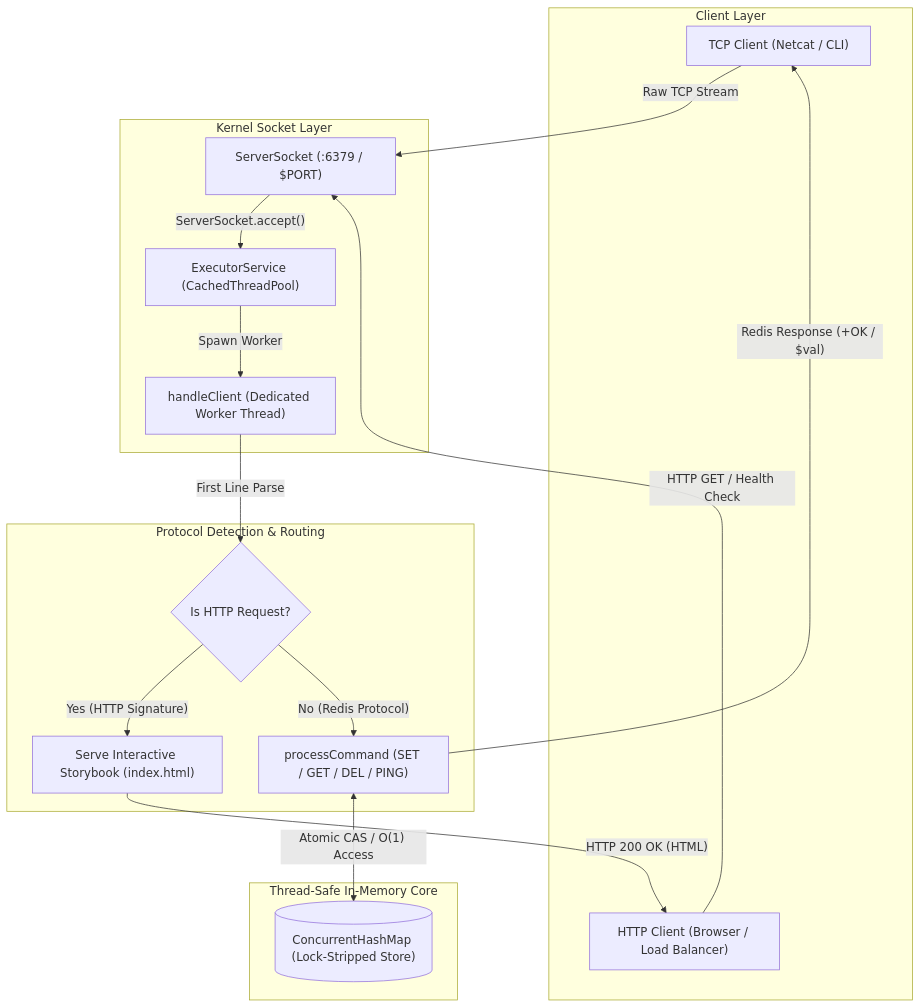
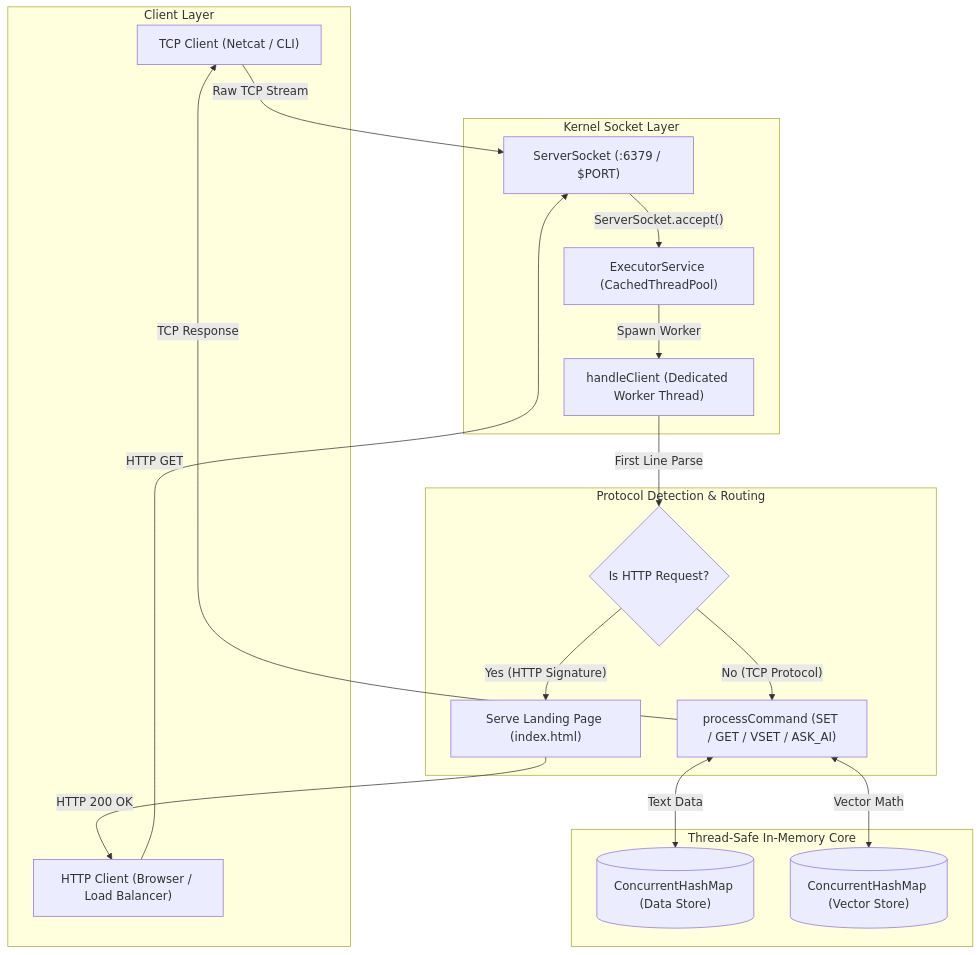
The diagram in README.md (anshullakra007/ai-intergration-in-miniredis), drawn with Mermaid before and after one commit. The commit also changed other lines of this file, not shown here.

````diff
--- a/README.md
+++ b/README.md
@@ -23,38 +28,40 @@
 ```mermaid
 flowchart TB
     subgraph Clients ["Client Layer"]
         TCP_Client["TCP Client (Netcat / CLI)"]
         HTTP_Client["HTTP Client (Browser / Load Balancer)"]
     end
 
     subgraph Network ["Kernel Socket Layer"]
         Server["ServerSocket (:6379 / $PORT)"]
         Pool["ExecutorService (CachedThreadPool)"]
         Handler["handleClient (Dedicated Worker Thread)"]
     end
 
     subgraph Router ["Protocol Detection & Routing"]
         Check{"Is HTTP Request?"}
-        HTTP_Res["Serve Interactive Storybook (index.html)"]
-        Redis_Cmd["processCommand (SET / GET / DEL / PING)"]
+        HTTP_Res["Serve Landing Page (index.html)"]
+        Redis_Cmd["processCommand (SET / GET / VSET / ASK_AI)"]
     end
 
     subgraph Storage ["Thread-Safe In-Memory Core"]
-        Store[("ConcurrentHashMap (Lock-Stripped Store)")]
+        Store[("ConcurrentHashMap (Data Store)")]
+        VectorStore[("ConcurrentHashMap (Vector Store)")]
     end
 
     TCP_Client -->|"Raw TCP Stream"| Server
-    HTTP_Client -->|"HTTP GET / Health Check"| Server
+    HTTP_Client -->|"HTTP GET"| Server
 
     Server -->|"ServerSocket.accept()"| Pool
     Pool -->|"Spawn Worker"| Handler
     Handler -->|"First Line Parse"| Check
 
     Check -->|"Yes (HTTP Signature)"| HTTP_Res
-    Check -->|"No (Redis Protocol)"| Redis_Cmd
+    Check -->|"No (TCP Protocol)"| Redis_Cmd
 
-    Redis_Cmd <-->|"Atomic CAS / O(1) Access"| Store
+    Redis_Cmd <-->|"Text Data"| Store
+    Redis_Cmd <-->|"Vector Math"| VectorStore
 
-    HTTP_Res -->|"HTTP 200 OK (HTML)"| HTTP_Client
-    Redis_Cmd -->|"Redis Response (+OK / $val)"| TCP_Client
+    HTTP_Res -->|"HTTP 200 OK"| HTTP_Client
+    Redis_Cmd -->|"TCP Response"| TCP_Client
 ```
````
